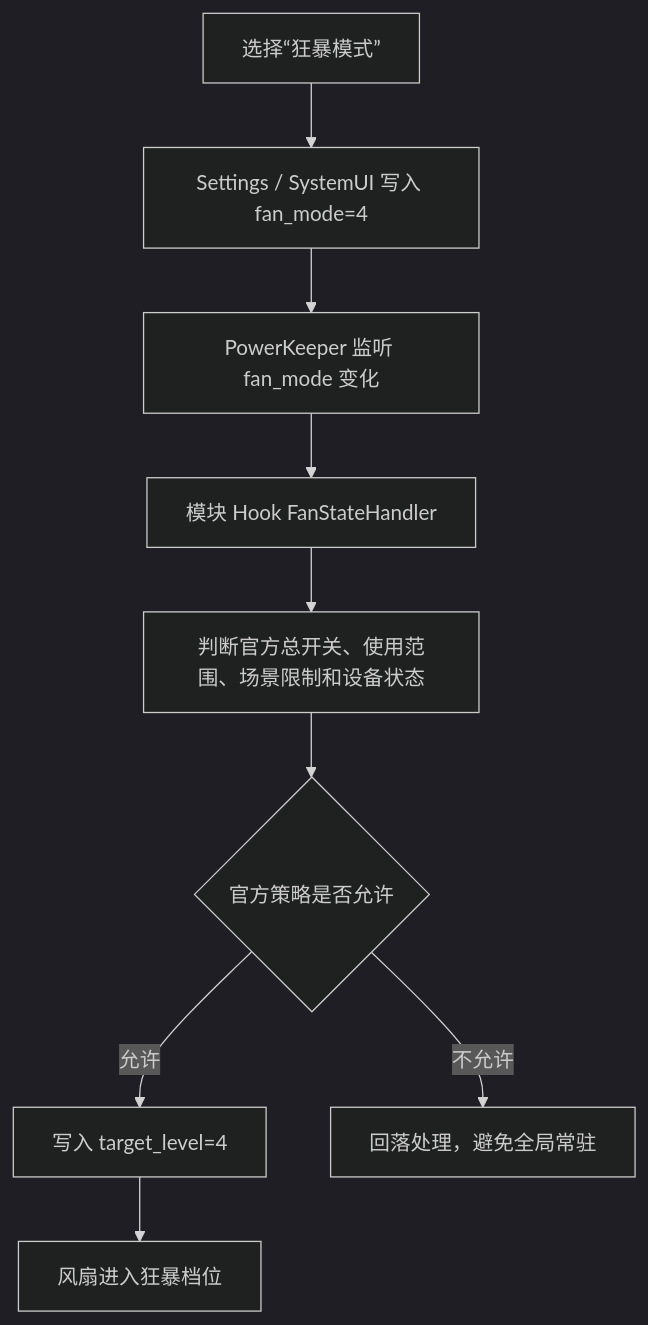
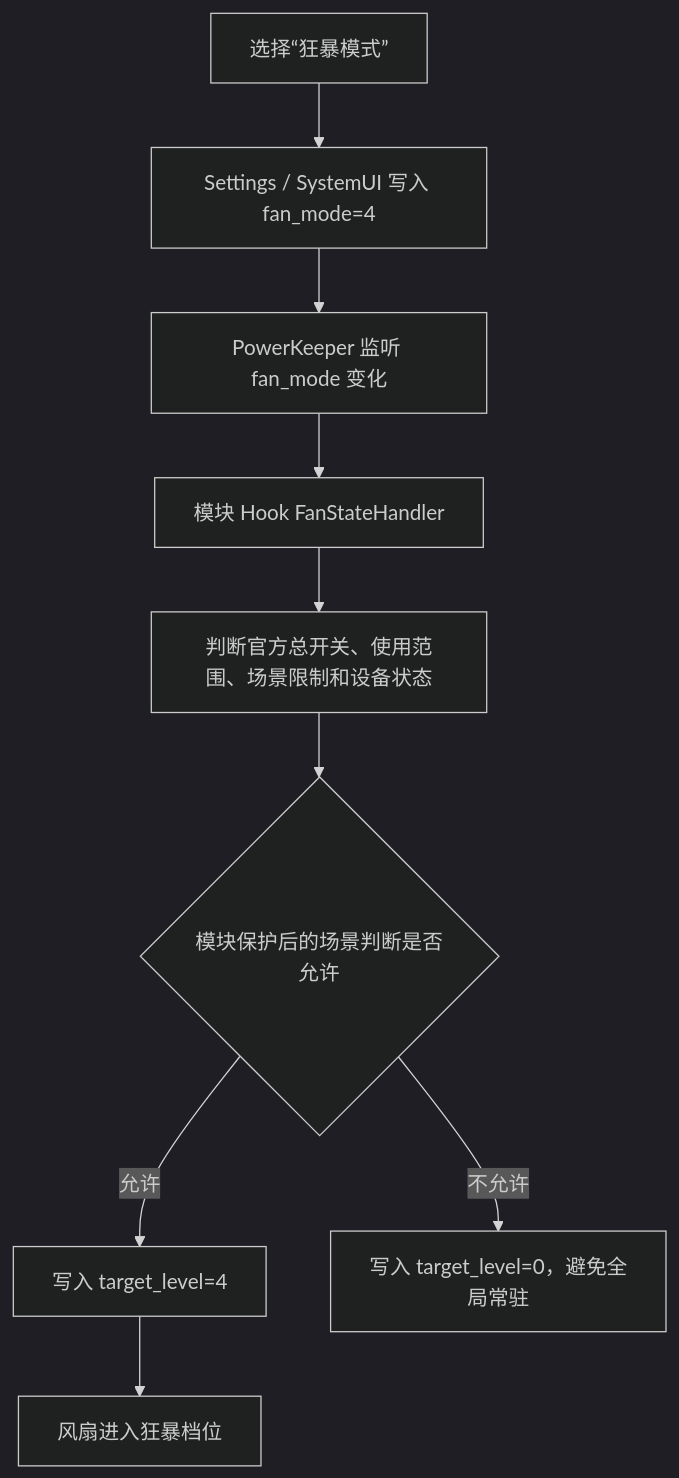
Before and after one commit to Yunnijian/Xiaomi_FanUltra: the first of 2 diagrams in README.md, drawn with Mermaid (dark theme). The commit also changed other lines of this file and 2 other files, not shown here.

````diff
--- a/README.md
+++ b/README.md
@@ -186,16 +186,16 @@
 ```mermaid
 flowchart TD
     A[选择“狂暴模式”]
     B[Settings / SystemUI 写入 fan_mode=4]
     C[PowerKeeper 监听 fan_mode 变化]
     D[模块 Hook FanStateHandler]
     E[判断官方总开关、使用范围、场景限制和设备状态]
-    F{官方策略是否允许}
+    F{模块保护后的场景判断是否允许}
     G[写入 target_level=4]
     H[风扇进入狂暴档位]
-    I[回落处理，避免全局常驻]
+    I[写入 target_level=0，避免全局常驻]
 
     A --> B --> C --> D --> E --> F
     F -->|允许| G --> H
     F -->|不允许| I
 ```
````
